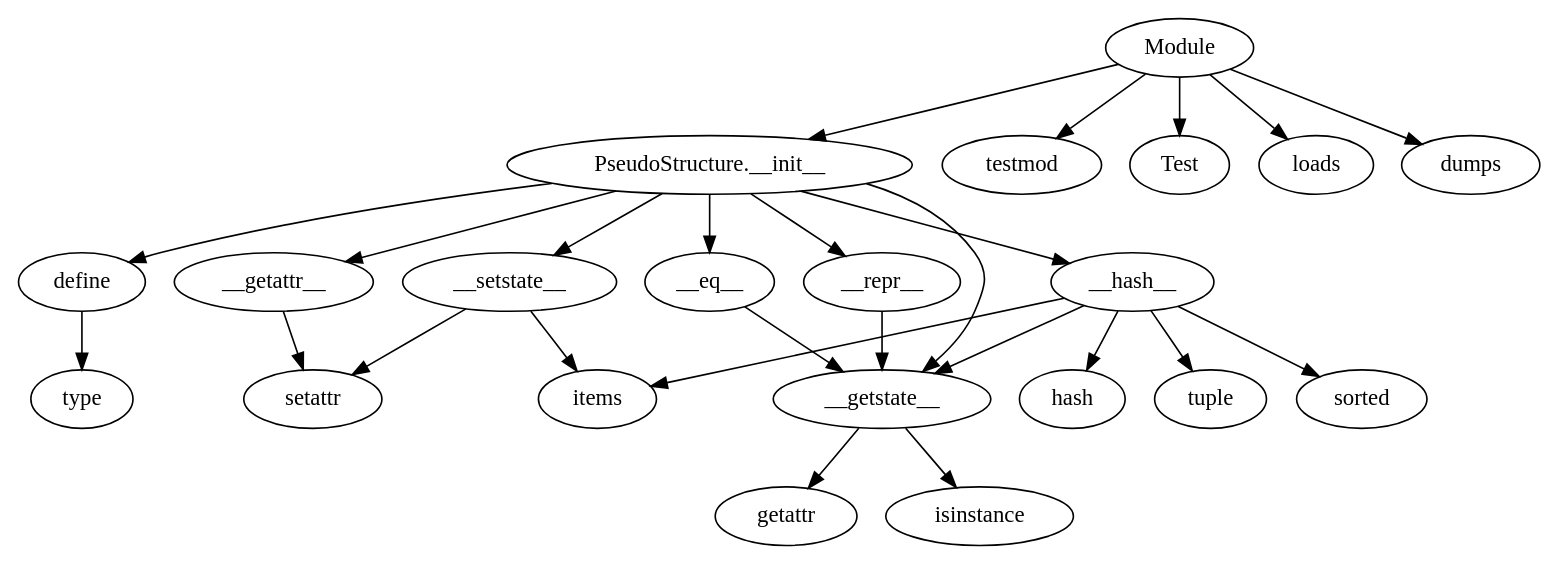
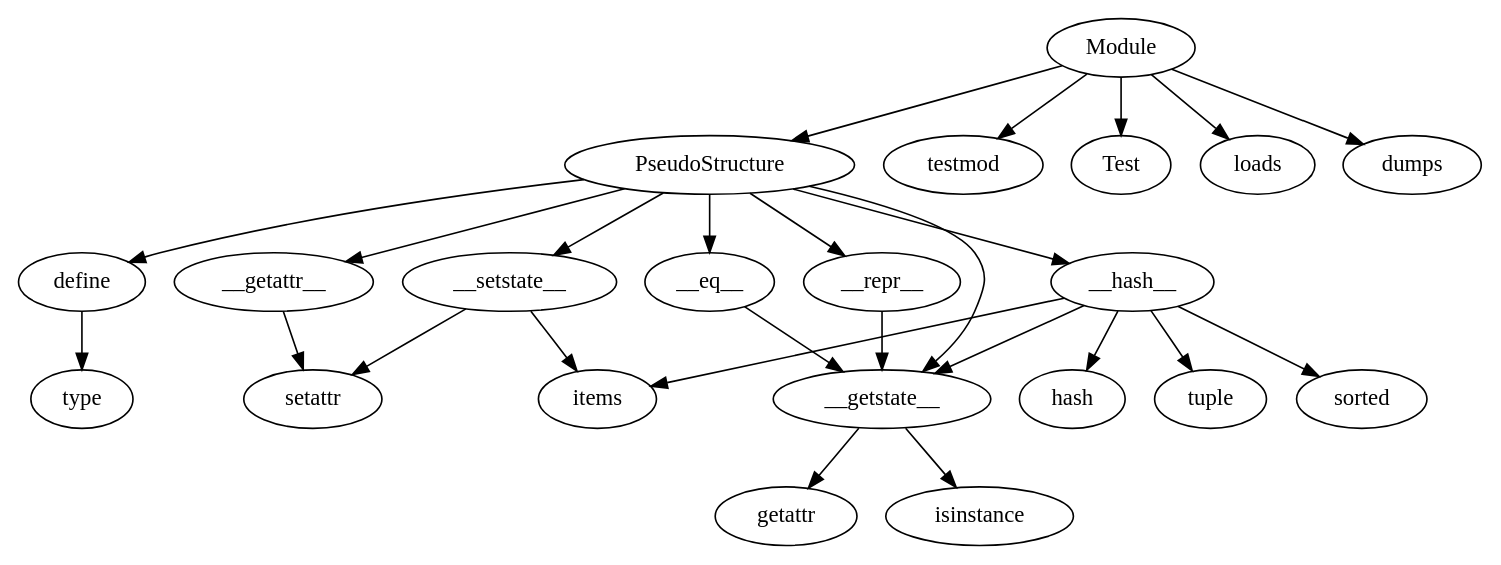
Before and after one commit to JordanCoyne97/Final_Year_Project: the diagram in CallGraph_dots/PseudoStruct.dot, drawn with Graphviz. The commit also changed 79 other files, not shown here.

```diff
--- a/CallGraph_dots/PseudoStruct.dot
+++ b/CallGraph_dots/PseudoStruct.dot
@@ -1,48 +1,48 @@
 strict digraph  {
 define;
 type;
 __getattr__;
 setattr;
 __getstate__;
 getattr;
 isinstance;
 __setstate__;
 items;
 __eq__;
 __hash__;
 hash;
 tuple;
 sorted;
 __repr__;
 Module;
-"PseudoStructure.__init__";
+PseudoStructure;
 testmod;
 Test;
 loads;
 dumps;
 define -> type;
 __getattr__ -> setattr;
 __getstate__ -> getattr;
 __getstate__ -> isinstance;
 __setstate__ -> items;
 __setstate__ -> setattr;
 __eq__ -> __getstate__;
 __hash__ -> hash;
 __hash__ -> tuple;
 __hash__ -> sorted;
 __hash__ -> items;
 __hash__ -> __getstate__;
 __repr__ -> __getstate__;
-Module -> "PseudoStructure.__init__";
+Module -> PseudoStructure;
 Module -> testmod;
 Module -> Test;
 Module -> loads;
 Module -> dumps;
-"PseudoStructure.__init__" -> define;
-"PseudoStructure.__init__" -> __getattr__;
-"PseudoStructure.__init__" -> __getstate__;
-"PseudoStructure.__init__" -> __setstate__;
-"PseudoStructure.__init__" -> __eq__;
-"PseudoStructure.__init__" -> __hash__;
-"PseudoStructure.__init__" -> __repr__;
+PseudoStructure -> define;
+PseudoStructure -> __getattr__;
+PseudoStructure -> __getstate__;
+PseudoStructure -> __setstate__;
+PseudoStructure -> __eq__;
+PseudoStructure -> __hash__;
+PseudoStructure -> __repr__;
 }
```
